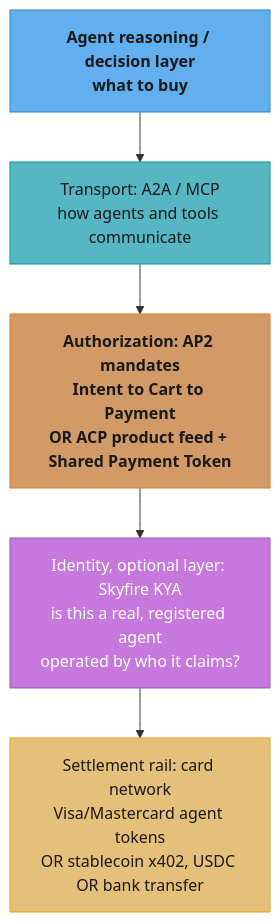
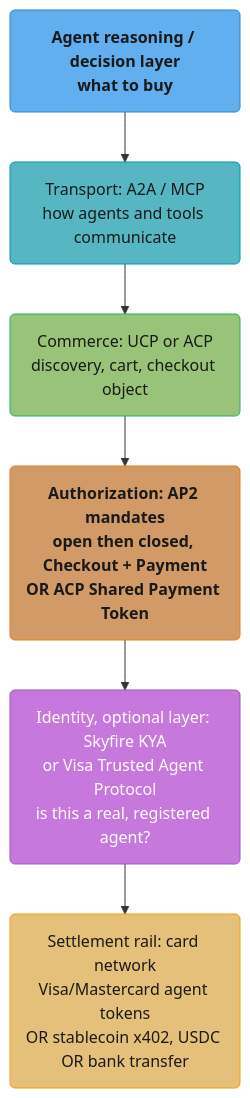
One commit to rppol/system-design changed the fourth of 4 diagrams in src/main/java/com/rutik/systemdesign/llm/multi_agent_systems/agentic_commerce_and_payments.md. Above: the diagram before and after it, drawn with Mermaid. The commit also changed other lines of this file, not shown here.

````diff
--- a/src/main/java/com/rutik/systemdesign/llm/multi_agent_systems/agentic_commerce_and_payments.md
+++ b/src/main/java/com/rutik/systemdesign/llm/multi_agent_systems/agentic_commerce_and_payments.md
@@ -278,22 +313,25 @@
 ```mermaid
 flowchart TD
     classDef io     fill:#61afef,stroke:#2e86c1,color:#1a1a1a,font-weight:bold
     classDef req    fill:#56b6c2,stroke:#0097a7,color:#1a1a1a
     classDef mathOp fill:#d19a66,stroke:#e67e22,color:#1a1a1a,font-weight:bold
     classDef frozen fill:#c678dd,stroke:#9b59b6,color:#fff
     classDef base   fill:#e5c07b,stroke:#f39c12,color:#1a1a1a
+    classDef train  fill:#98c379,stroke:#27ae60,color:#1a1a1a
 
-    l1["Agent reasoning / decision layer<br/>what to buy"]
-    l2["Transport: A2A / MCP<br/>how agents and tools communicate"]
-    l3["Authorization: AP2 mandates<br/>Intent to Cart to Payment<br/>OR ACP product feed + Shared Payment Token"]
-    l4["Identity, optional layer: Skyfire KYA<br/>is this a real, registered agent<br/>operated by who it claims?"]
-    l5["Settlement rail: card network<br/>Visa/Mastercard agent tokens<br/>OR stablecoin x402, USDC OR bank transfer"]
+    l1("Agent reasoning / decision layer<br/>what to buy")
+    l2("Transport: A2A / MCP<br/>how agents and tools communicate")
+    l3("Commerce: UCP or ACP<br/>discovery, cart, checkout object")
+    l4("Authorization: AP2 mandates<br/>open then closed, Checkout + Payment<br/>OR ACP Shared Payment Token")
+    l5("Identity, optional layer: Skyfire KYA<br/>or Visa Trusted Agent Protocol<br/>is this a real, registered agent?")
+    l6("Settlement rail: card network<br/>Visa/Mastercard agent tokens<br/>OR stablecoin x402, USDC OR bank transfer")
 
-    l1 --> l2 --> l3 --> l4 --> l5
+    l1 --> l2 --> l3 --> l4 --> l5 --> l6
 
     class l1 io
     class l2 req
-    class l3 mathOp
-    class l4 frozen
-    class l5 base
+    class l3 train
+    class l4 mathOp
+    class l5 frozen
+    class l6 base
 ```
````
